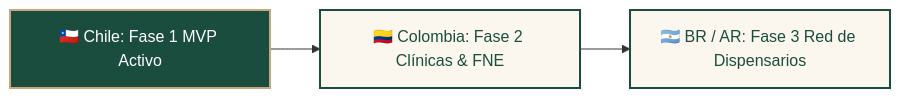
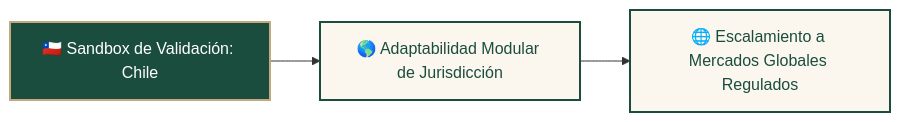
The sixth of 6 diagrams in README.md (CaBsCrypto/Trust-Leaf), drawn with Mermaid before and after one commit. The commit also changed other lines of this file and 1 other file, not shown here.

Commit message:
feat: re-frame commercial strategy to emphasize Chile sandbox and global Web3 modular scalability in README and Whitepaper

````diff
--- a/README.md
+++ b/README.md
@@ -142,8 +142,8 @@
 ```mermaid
 graph LR
     classDef active fill:#1b4d3e,stroke:#c5a880,color:#fff,stroke-width:2px;
     classDef pipeline fill:#fbf7ef,stroke:#1b4d3e,color:#1b4d3e,stroke-width:2px;
     
-    F1[🇨🇱 Chile: Fase 1 MVP Activo]:::active --> F2[🇨🇴 Colombia: Fase 2 Clínicas & FNE]:::pipeline
-    F2 --> F3[🇦🇷 BR / AR: Fase 3 Red de Dispensarios]:::pipeline
+    F1[🇨🇱 Sandbox de Validación: Chile]:::active --> F2[🌎 Adaptabilidad Modular de Jurisdicción]:::pipeline
+    F2 --> F3[🌐 Escalamiento a Mercados Globales Regulados]:::pipeline
 ```
````
